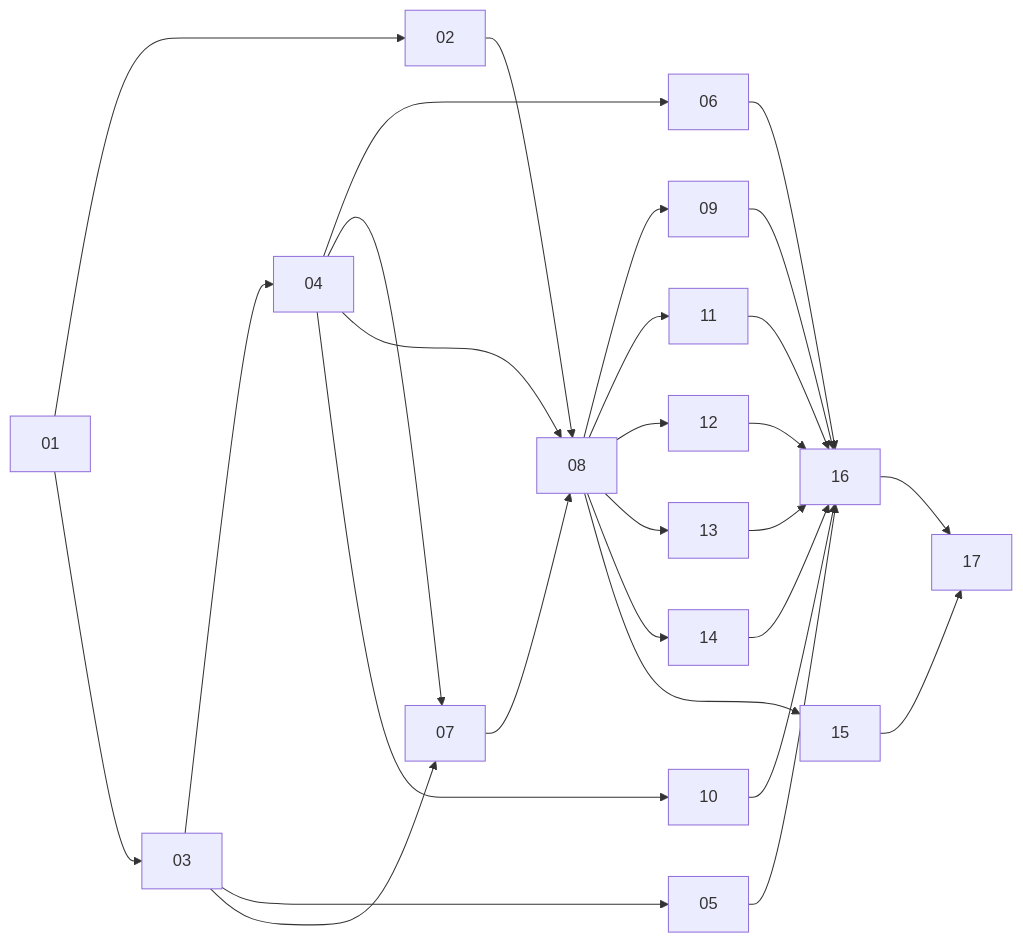
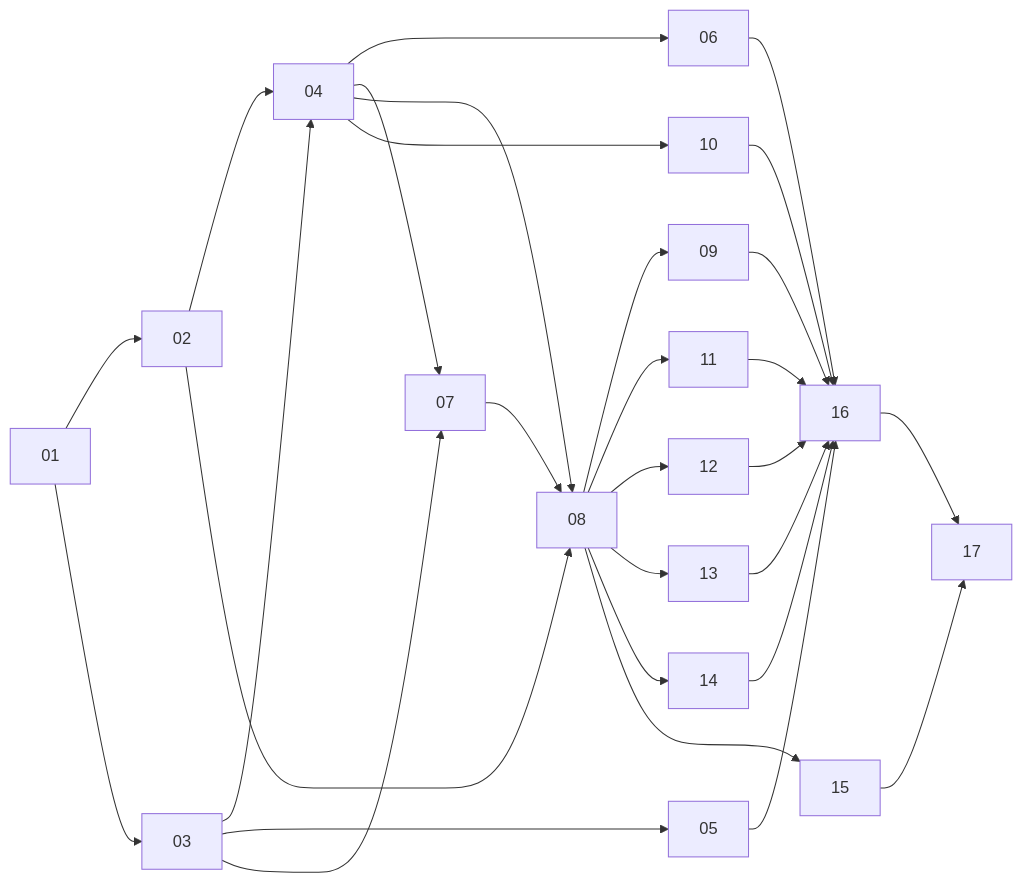
The diagram in docs/issues/README.md (LuisFelipeMTCS/pipeline_good_lion), drawn with Mermaid before and after one commit. The commit also changed other lines of this file and 17 other files, not shown here.

````diff
--- a/docs/issues/README.md
+++ b/docs/issues/README.md
@@ -39,30 +38,31 @@
 ```mermaid
 graph LR
   01 --> 02
   01 --> 03
+  02 --> 04
   03 --> 04
   03 --> 05
   04 --> 06
   03 --> 07
   04 --> 07
   02 --> 08
   04 --> 08
   07 --> 08
   08 --> 09
   04 --> 10
   08 --> 11
   08 --> 12
   08 --> 13
   08 --> 14
   08 --> 15
   05 --> 16
   06 --> 16
   09 --> 16
   10 --> 16
   11 --> 16
   12 --> 16
   13 --> 16
   14 --> 16
   15 --> 17
   16 --> 17
 ```
````
